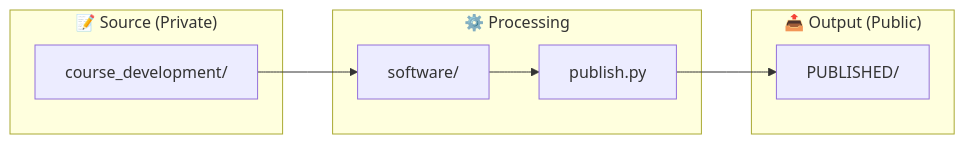
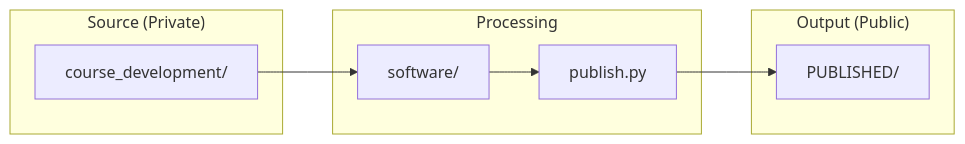
One commit to docxology/biol-1 changed the diagram in software/docs/README.md. Above: the diagram before and after it, drawn with Mermaid. The commit also changed other lines of this file and 169 other files, not shown here.

````diff
--- a/software/docs/README.md
+++ b/software/docs/README.md
@@ -12,19 +12,19 @@
 ```mermaid
 flowchart LR
-    subgraph SOURCE["📝 Source (Private)"]
+    subgraph SOURCE["Source (Private)"]
         CD[course_development/]
     end
     
-    subgraph PROCESS["⚙️ Processing"]
+    subgraph PROCESS["Processing"]
         SW[software/]
         PUB[publish.py]
     end
     
-    subgraph OUTPUT["📤 Output (Public)"]
+    subgraph OUTPUT["Output (Public)"]
         PUBD[PUBLISHED/]
     end
     
     CD --> SW
     SW --> PUB
     PUB --> PUBD
 ```
````
